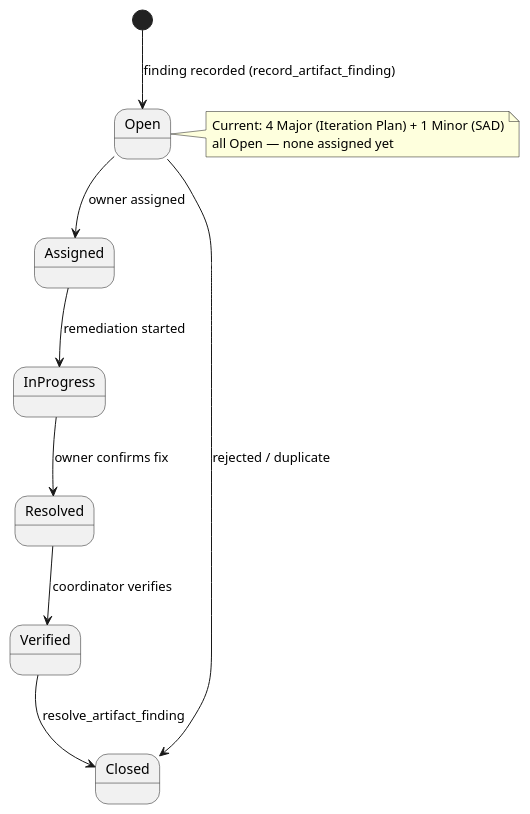
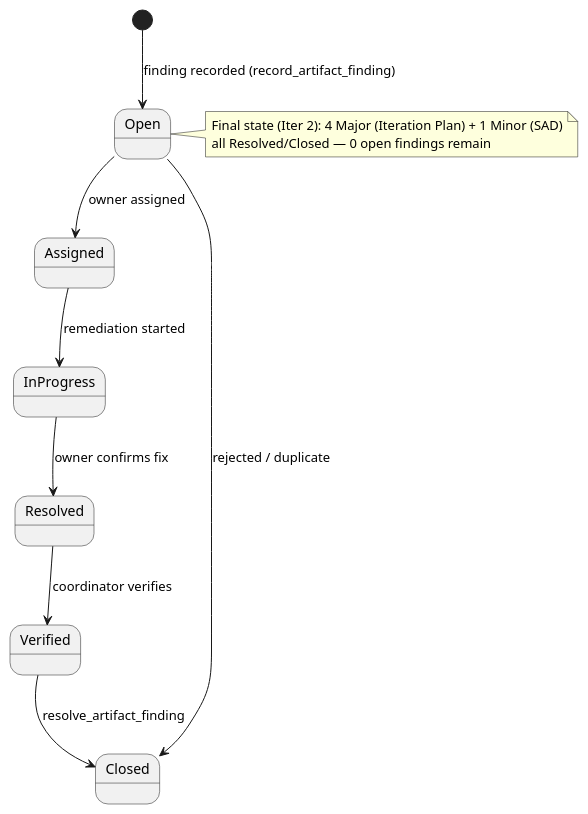
Before and after one commit to banense-test/portal: the second of 7 diagrams in docs/artifacts/project-management/review-record.md, drawn with PlantUML. The commit also changed other lines of this file, not shown here.

Commit message:
Review Coordinator [I2]: upsert Review Record
[skip ci]

````diff
--- a/docs/artifacts/project-management/review-record.md
+++ b/docs/artifacts/project-management/review-record.md
@@ -50,16 +49,16 @@
 ```plantuml
 @startuml
 [*] --> Open : finding recorded (record_artifact_finding)
 Open --> Assigned : owner assigned
 Assigned --> InProgress : remediation started
 InProgress --> Resolved : owner confirms fix
 Resolved --> Verified : coordinator verifies
 Verified --> Closed : resolve_artifact_finding
 Open --> Closed : rejected / duplicate
 
 note right of Open
-  Current: 4 Major (Iteration Plan) + 1 Minor (SAD)
-  all Open — none assigned yet
+  Final state (Iter 2): 4 Major (Iteration Plan) + 1 Minor (SAD)
+  all Resolved/Closed — 0 open findings remain
 end note
 @enduml
 ```
````
